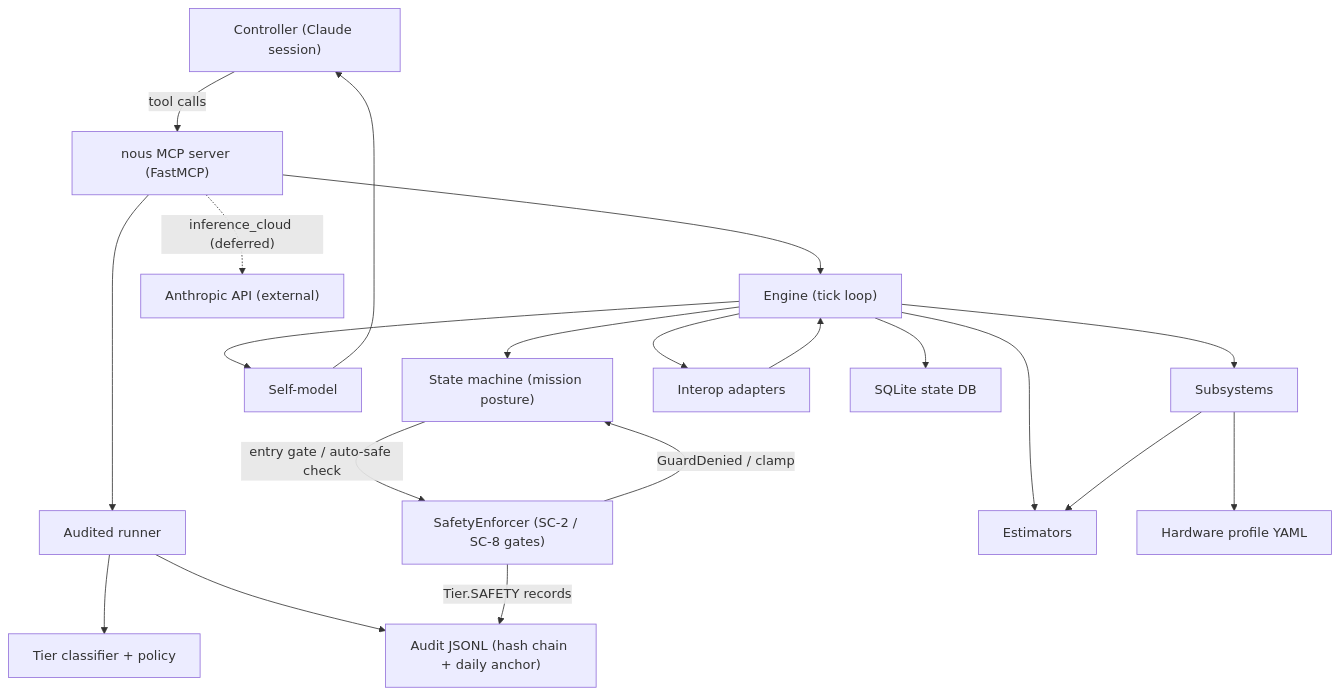
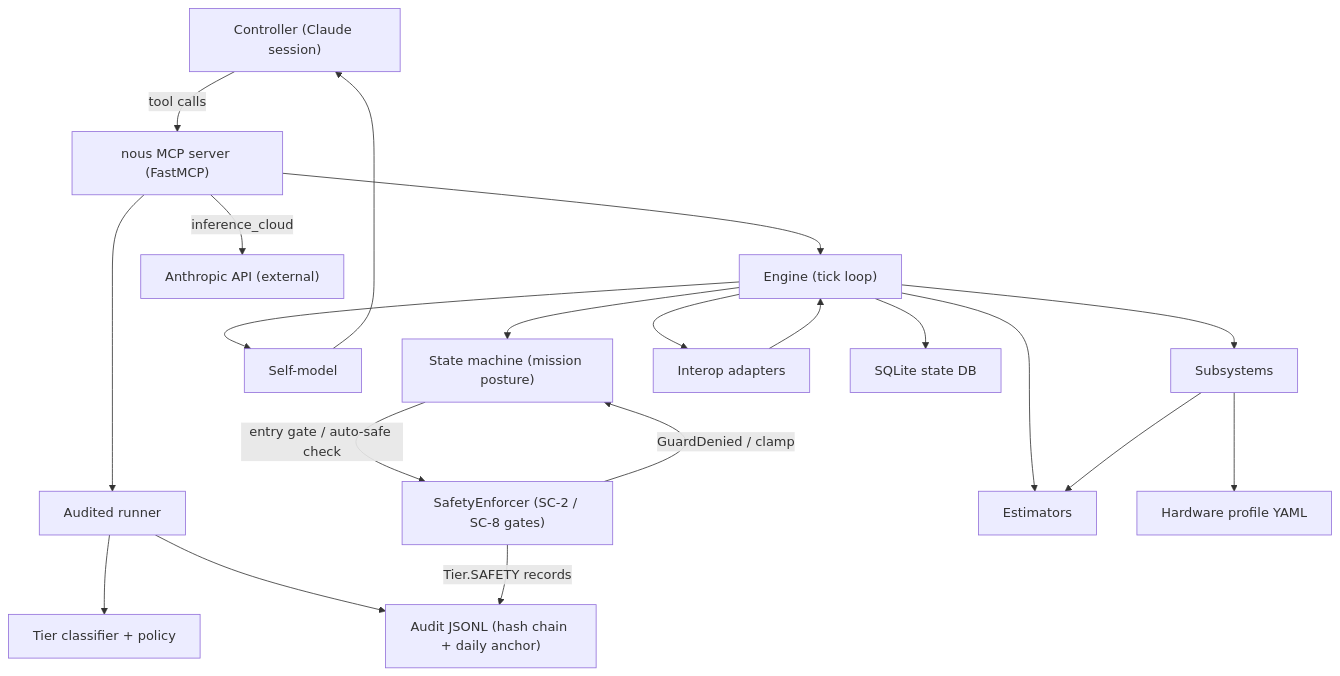
One commit to rmednitzer/nous changed the diagram in docs/stpa/06-control-structure.md. Above: the diagram before and after it, drawn with Mermaid. The commit also changed other lines of this file and 14 other files, not shown here.

First line of the commit message:
feat(BL-013): register inference_cloud cloud-path tool (ADR 0034) (#110)

````diff
--- a/docs/stpa/06-control-structure.md
+++ b/docs/stpa/06-control-structure.md
@@ -3,37 +3,37 @@
 ```mermaid
 flowchart TD
     Controller["Controller (Claude session)"]
     Server["nous MCP server (FastMCP)"]
     Runner["Audited runner"]
     Policy["Tier classifier + policy"]
     Engine["Engine (tick loop)"]
     FSM["State machine (mission posture)"]
     Enforcer["SafetyEnforcer (SC-2 / SC-8 gates)"]
     SelfModel["Self-model"]
     Estimators["Estimators"]
     Subsystems["Subsystems"]
     Profile["Hardware profile YAML"]
     Adapters["Interop adapters"]
     Audit["Audit JSONL (hash chain + daily anchor)"]
     DB["SQLite state DB"]
     Anthropic["Anthropic API (external)"]
 
     Controller -->|tool calls| Server
     Server --> Runner --> Policy
     Runner --> Audit
     Server --> Engine
     Engine --> FSM
     FSM -->|"entry gate / auto-safe check"| Enforcer
     Enforcer -->|"GuardDenied / clamp"| FSM
     Enforcer -->|"Tier.SAFETY records"| Audit
     Engine --> Subsystems
     Engine --> Estimators
     Engine --> SelfModel
     SelfModel --> Controller
     Subsystems --> Estimators
     Subsystems --> Profile
     Engine --> DB
     Adapters --> Engine
     Engine --> Adapters
-    Server -.->|"inference_cloud (deferred)"| Anthropic
+    Server -->|"inference_cloud"| Anthropic
 ```
````
